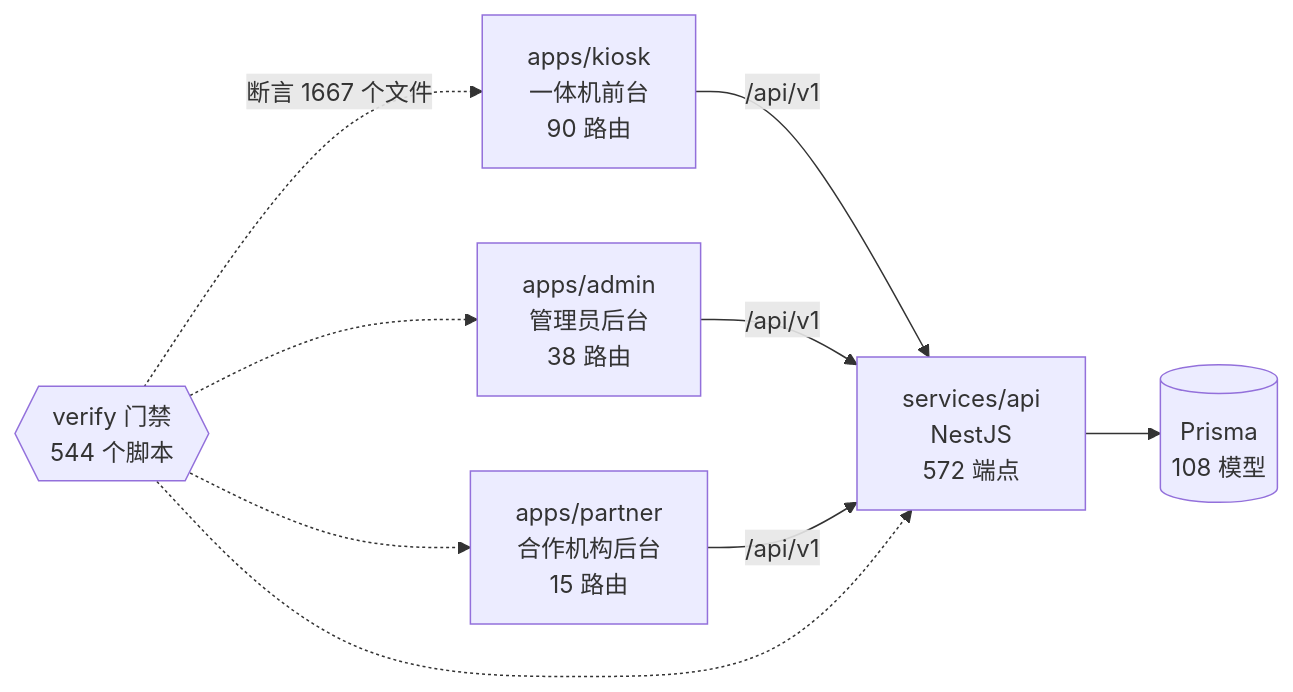
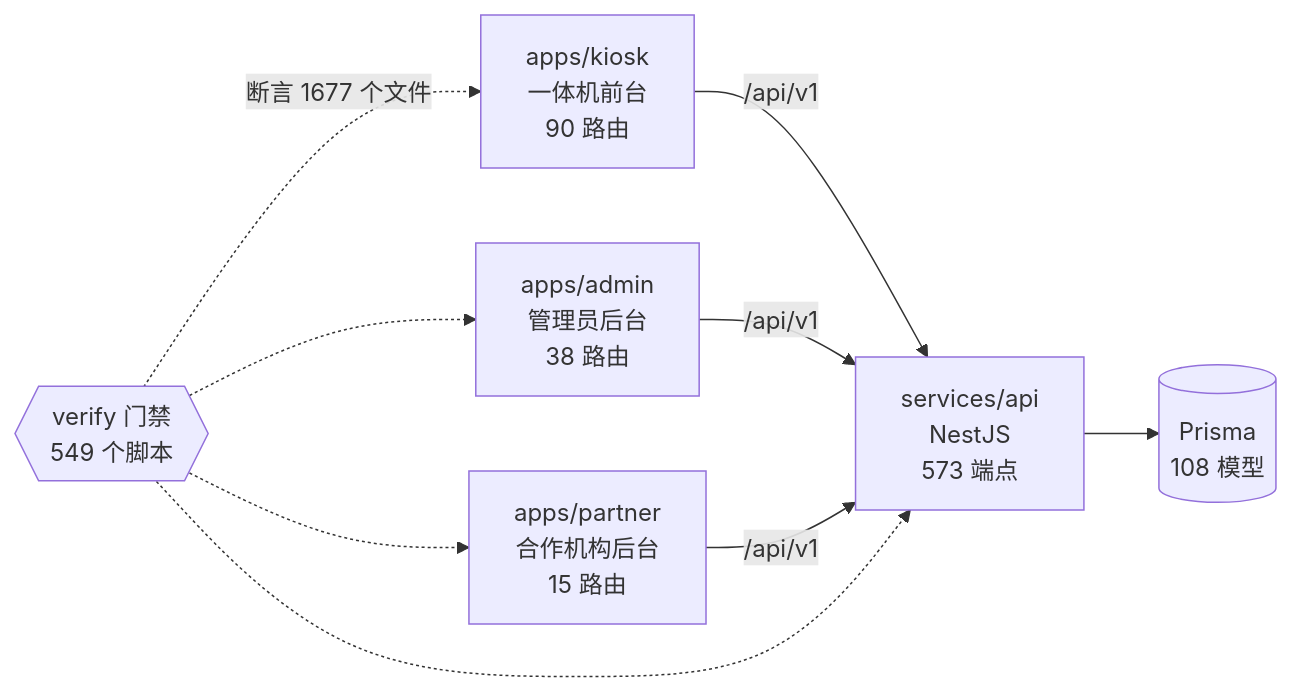
One commit to wanglei581/YITIJI changed the diagram in docs/graph/README.md. Above: the diagram before and after it, drawn with Mermaid. The commit also changed other lines of this file and 2 other files, not shown here.

Commit message:
chore(graph): regenerate after merging #1120 #1126 #1128 #1121 #1122 #1123 #1125 #1116 #1127 #1093

````diff
--- a/docs/graph/README.md
+++ b/docs/graph/README.md
@@ -68,18 +68,18 @@
 ```mermaid
 flowchart LR
   kiosk["apps/kiosk<br/>一体机前台<br/>90 路由"]
   admin["apps/admin<br/>管理员后台<br/>38 路由"]
   partner["apps/partner<br/>合作机构后台<br/>15 路由"]
-  api["services/api<br/>NestJS<br/>572 端点"]
+  api["services/api<br/>NestJS<br/>573 端点"]
   db[("Prisma<br/>108 模型")]
-  gates{{"verify 门禁<br/>544 个脚本"}}
+  gates{{"verify 门禁<br/>549 个脚本"}}
 
   kiosk -->|"/api/v1"| api
   admin -->|"/api/v1"| api
   partner -->|"/api/v1"| api
   api --> db
-  gates -.->|"断言 1667 个文件"| kiosk
+  gates -.->|"断言 1677 个文件"| kiosk
   gates -.-> admin
   gates -.-> partner
   gates -.-> api
 ```
````
